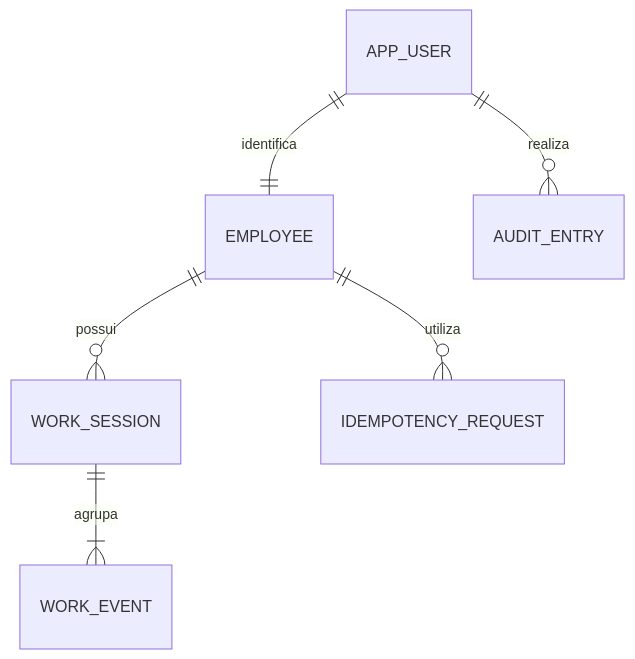
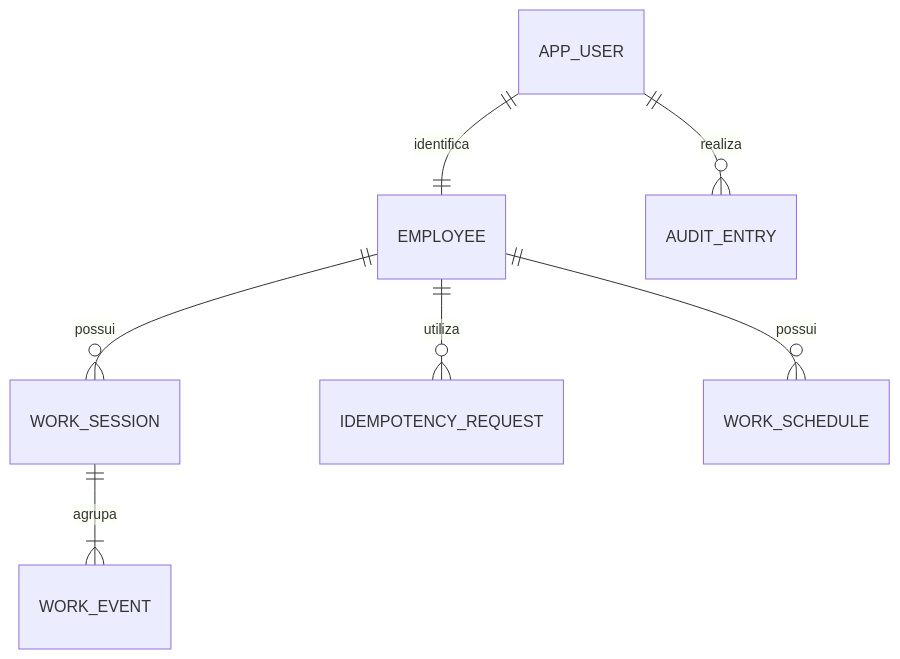
The diagram in docs/arquitetura.md (Juliarezende521/Plataforma-Jornada-Trabalho), drawn with Mermaid before and after one commit. The commit also changed other lines of this file and 18 other files, not shown here.

````diff
--- a/docs/arquitetura.md
+++ b/docs/arquitetura.md
@@ -31,8 +31,9 @@
 ```mermaid
 erDiagram
     APP_USER ||--|| EMPLOYEE : identifica
     EMPLOYEE ||--o{ WORK_SESSION : possui
     WORK_SESSION ||--|{ WORK_EVENT : agrupa
     EMPLOYEE ||--o{ IDEMPOTENCY_REQUEST : utiliza
     APP_USER ||--o{ AUDIT_ENTRY : realiza
+    EMPLOYEE ||--o{ WORK_SCHEDULE : possui
 ```
````
